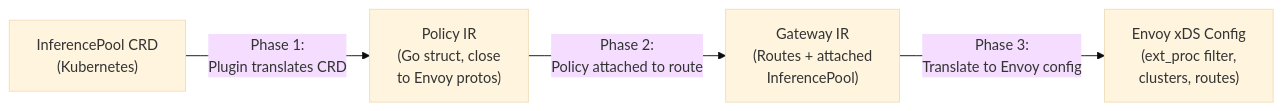
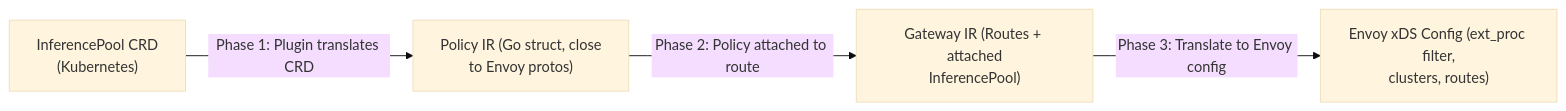
The first of 4 diagrams in braindumping-gsoc-proposal.md (1Shubham7/knotes), drawn with Mermaid (base theme) before and after one commit. The commit also changed other lines of this file, not shown here.

First line of the commit message:
Refactor diagrams and update GIE content

````diff
--- a/braindumping-gsoc-proposal.md
+++ b/braindumping-gsoc-proposal.md
@@ -188,11 +188,11 @@
 ```mermaid
 flowchart LR
     P["InferencePool CRD\n(Kubernetes)"]
-    IR1["Policy IR\n(Go struct, close\nto Envoy protos)"]
-    IR2["Gateway IR\n(Routes + attached\nInferencePool)"]
-    XDS["Envoy xDS Config\n(ext_proc filter,\nclusters, routes)"]
+    IR1["Policy IR (Go struct, close\nto Envoy protos)"]
+    IR2["Gateway IR (Routes + attached\nInferencePool)"]
+    XDS["Envoy xDS Config (ext_proc filter,\nclusters, routes)"]
 
-    P -->|"Phase 1:\nPlugin translates CRD"| IR1
-    IR1 -->|"Phase 2:\nPolicy attached to route"| IR2
-    IR2 -->|"Phase 3:\nTranslate to Envoy config"| XDS
+    P -->|"Phase 1: Plugin translates CRD"| IR1
+    IR1 -->|"Phase 2: Policy attached to route"| IR2
+    IR2 -->|"Phase 3: Translate to Envoy config"| XDS
 ```
````
